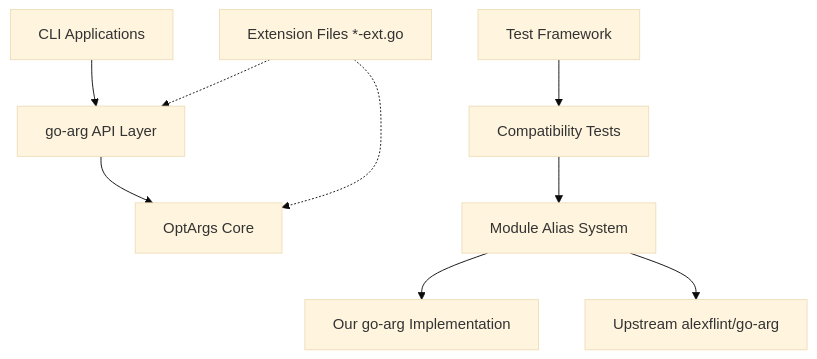
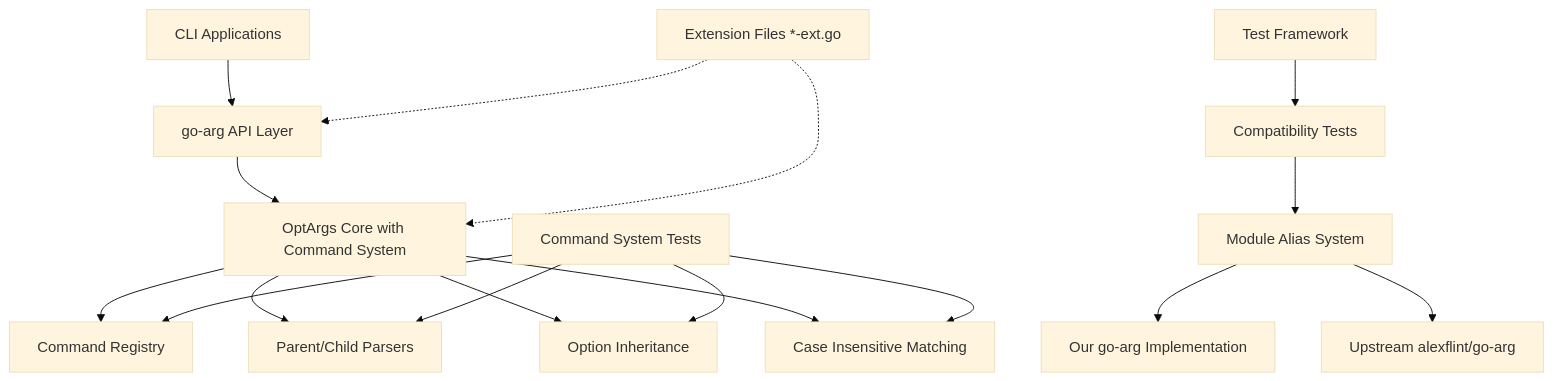
Before and after one commit to major0/optargs: the diagram in .kiro/specs/go-arg/design.md, drawn with Mermaid (base theme). The commit also changed other lines of this file and 2 other files, not shown here.

First line of the commit message:
docs(specs): Update go-arg specifications to reflect OptArgs Core enhancements

````diff
--- a/.kiro/specs/go-arg/design.md
+++ b/.kiro/specs/go-arg/design.md
@@ -11,14 +19,24 @@
 ```mermaid
 graph TB
     A[CLI Applications] --> B[go-arg API Layer]
-    B --> C[OptArgs Core]
+    B --> C[OptArgs Core with Command System]
+    
+    C --> C1[Command Registry]
+    C --> C2[Parent/Child Parsers]
+    C --> C3[Option Inheritance]
+    C --> C4[Case Insensitive Matching]
     
     D[Extension Files *-ext.go] -.-> B
     D -.-> C
     
     E[Compatibility Tests] --> F[Module Alias System]
     F --> G[Our go-arg Implementation]
     F --> H[Upstream alexflint/go-arg]
     
     I[Test Framework] --> E
+    
+    J[Command System Tests] --> C1
+    J --> C2
+    J --> C3
+    J --> C4
 ```
````
